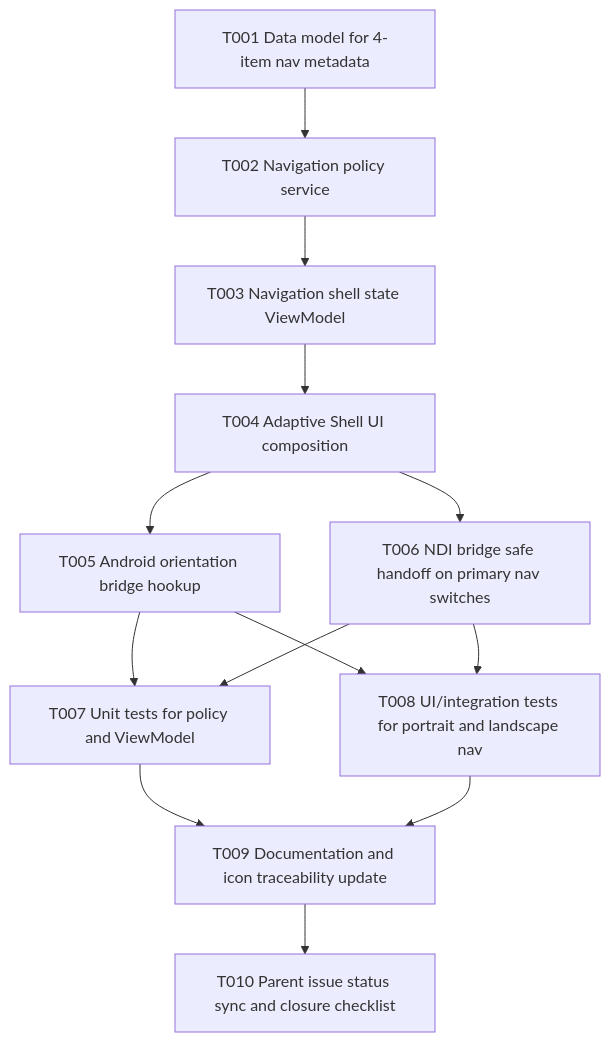
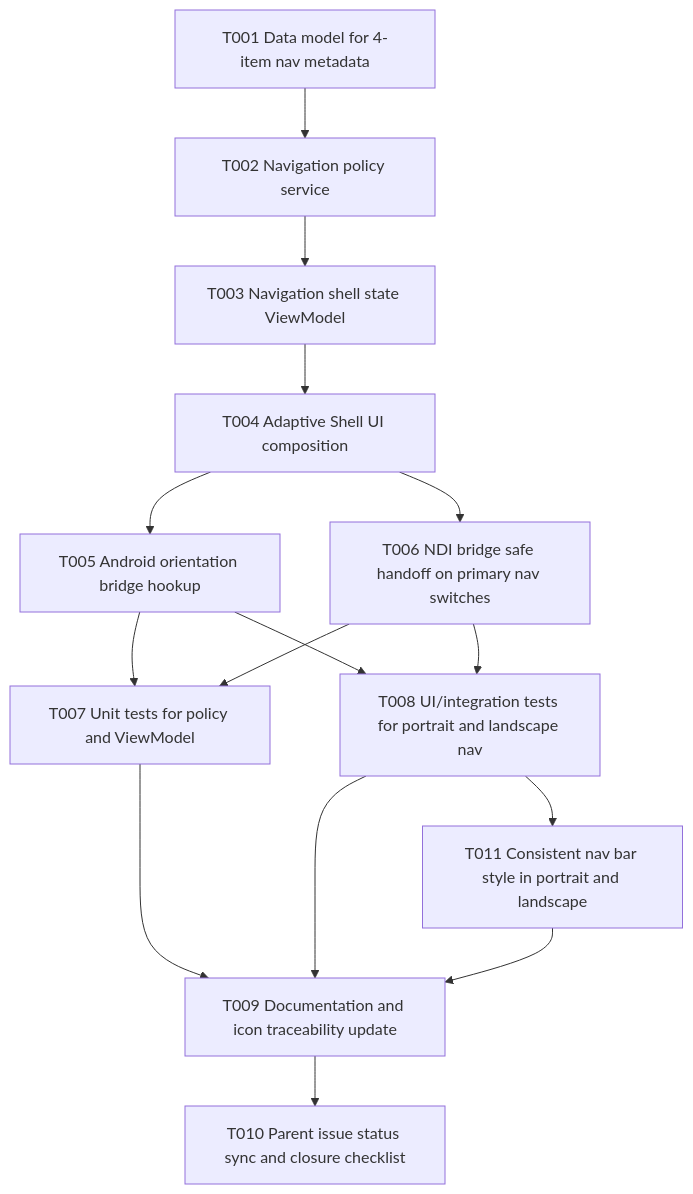
The diagram in docs/features/fix-navigation-flows/tasks.md (nielsverhoeven/NDI-for-Android), drawn with Mermaid before and after one commit. The commit also changed other lines of this file and 5 other files, not shown here.

First line of the commit message:
fix(nav): align portrait and landscape nav styling

````diff
--- a/docs/features/fix-navigation-flows/tasks.md
+++ b/docs/features/fix-navigation-flows/tasks.md
@@ -11,15 +11,17 @@
 ```mermaid
 graph TD
     T001[T001 Data model for 4-item nav metadata] --> T002[T002 Navigation policy service]
     T002 --> T003[T003 Navigation shell state ViewModel]
     T003 --> T004[T004 Adaptive Shell UI composition]
     T004 --> T005[T005 Android orientation bridge hookup]
     T004 --> T006[T006 NDI bridge safe handoff on primary nav switches]
     T005 --> T007[T007 Unit tests for policy and ViewModel]
     T006 --> T007
     T005 --> T008[T008 UI/integration tests for portrait and landscape nav]
     T006 --> T008
+    T008 --> T011[T011 Consistent nav bar style in portrait and landscape]
     T007 --> T009[T009 Documentation and icon traceability update]
     T008 --> T009
+    T011 --> T009
     T009 --> T010[T010 Parent issue status sync and closure checklist]
 ```
````
